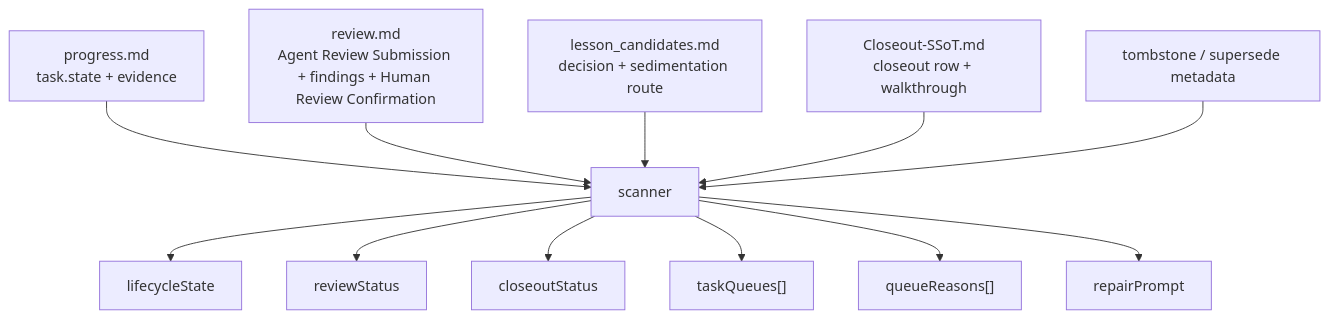
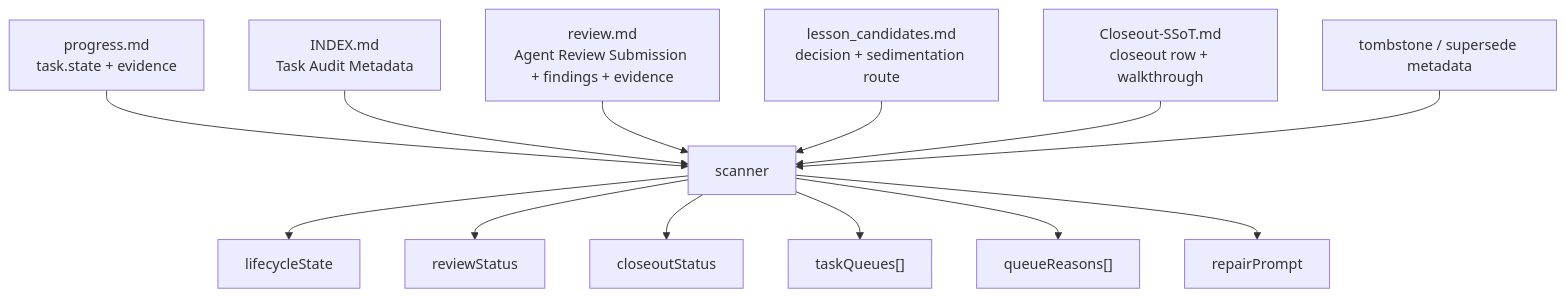
One commit to FairladyZ625/coding-agent-harness changed the second of 4 diagrams in docs-release/guides/task-state-machine.en-US.md. Above: the diagram before and after it, drawn with Mermaid. The commit also changed other lines of this file and 40 other files, not shown here.

Commit message:
feat(harness): migrate task audit metadata to index

````diff
--- a/docs-release/guides/task-state-machine.en-US.md
+++ b/docs-release/guides/task-state-machine.en-US.md
@@ -54,22 +55,24 @@
 ```mermaid
 flowchart TB
   Progress["progress.md<br/>task.state + evidence"]
-  Review["review.md<br/>Agent Review Submission + findings + Human Review Confirmation"]
+  Index["INDEX.md<br/>Task Audit Metadata"]
+  Review["review.md<br/>Agent Review Submission + findings + evidence"]
   Lessons["lesson_candidates.md<br/>decision + sedimentation route"]
   Closeout["Closeout-SSoT.md<br/>closeout row + walkthrough"]
   Tombstone["tombstone / supersede metadata"]
   Scanner["scanner"]
 
   Progress --> Scanner
+  Index --> Scanner
   Review --> Scanner
   Lessons --> Scanner
   Closeout --> Scanner
   Tombstone --> Scanner
 
   Scanner --> Lifecycle["lifecycleState"]
   Scanner --> ReviewStatus["reviewStatus"]
   Scanner --> CloseoutStatus["closeoutStatus"]
   Scanner --> Queues["taskQueues[]"]
   Scanner --> Reasons["queueReasons[]"]
   Scanner --> Prompt["repairPrompt"]
 ```
````
